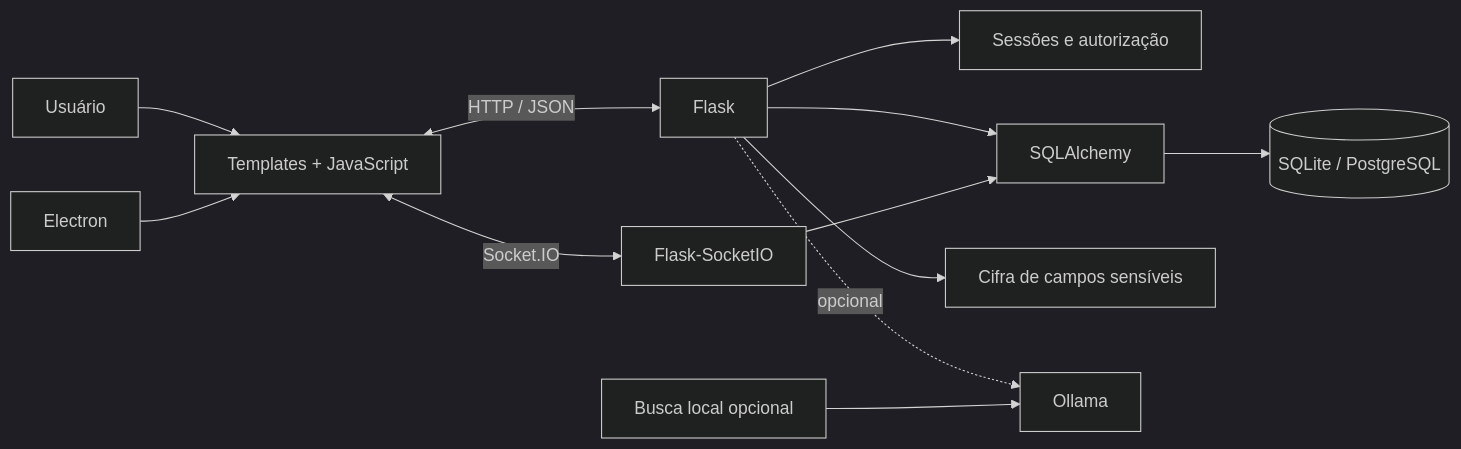
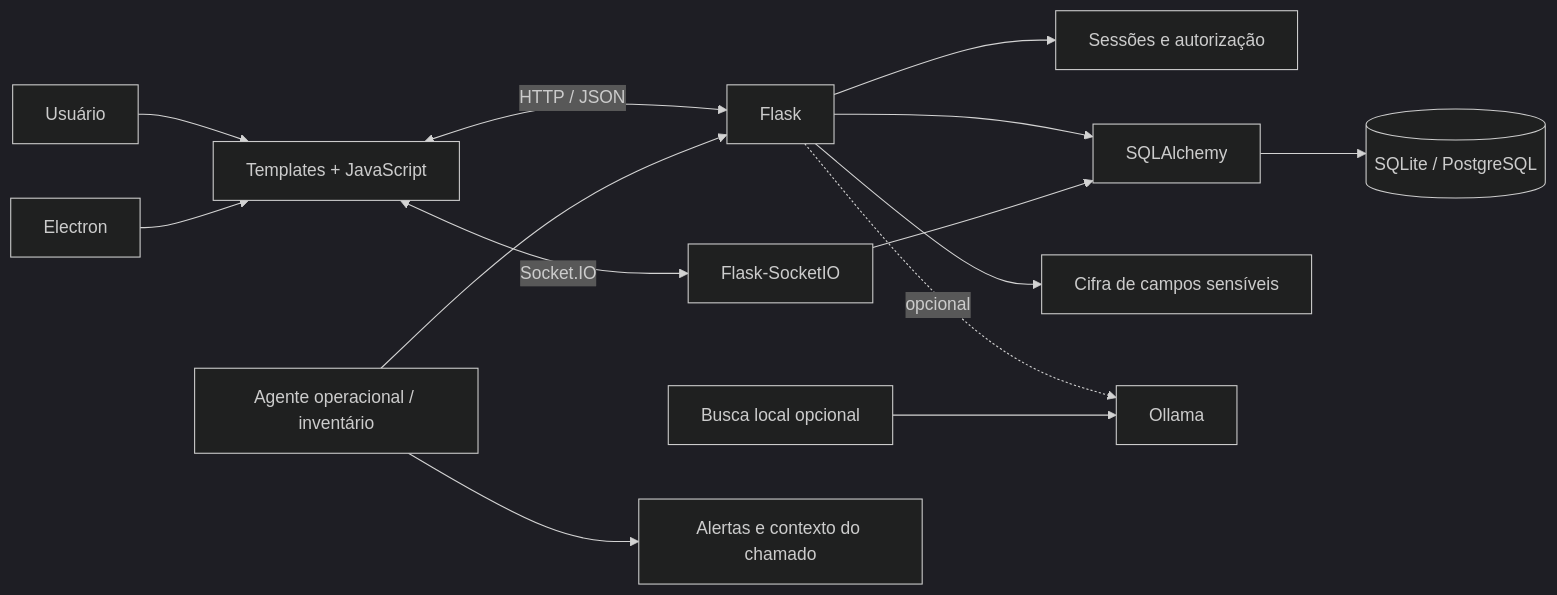
Before and after one commit to Mayconxzdev/HelpDesk: the diagram in README.md, drawn with Mermaid (dark theme). The commit also changed other lines of this file, not shown here.

Commit message:
Documentar agente operacional de TI

````diff
--- a/README.md
+++ b/README.md
@@ -58,14 +59,16 @@
 ```mermaid
 flowchart LR
     U[Usuário] --> WEB[Templates + JavaScript]
     DESK[Electron] --> WEB
     WEB <-->|HTTP / JSON| API[Flask]
     WEB <-->|Socket.IO| RT[Flask-SocketIO]
     API --> AUTH[Sessões e autorização]
     API --> ORM[SQLAlchemy]
     RT --> ORM
     ORM --> DB[(SQLite / PostgreSQL)]
     API --> VAULT[Cifra de campos sensíveis]
     API -. opcional .-> OLLAMA[Ollama]
     RAG[Busca local opcional] --> OLLAMA
+    AGENT[Agente operacional / inventário] --> API
+    AGENT --> ALERTS[Alertas e contexto do chamado]
 ```
````
